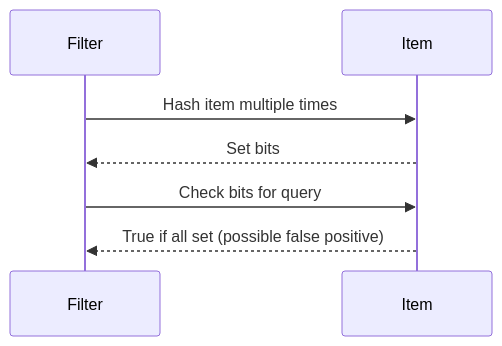
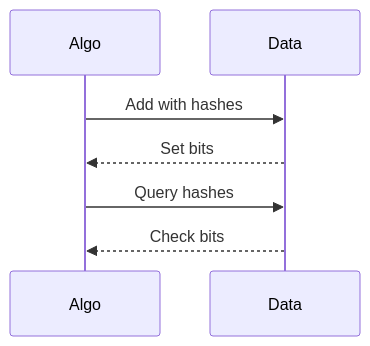
The diagram in algorithms/probabilistic-algorithms/README.md (VrushankPatel/interview-matters), drawn with Mermaid before and after one commit. The commit also changed other lines of this file and 8 other files, not shown here.

````diff
--- a/algorithms/probabilistic-algorithms/README.md
+++ b/algorithms/probabilistic-algorithms/README.md
@@ -72,9 +124,9 @@
 ```mermaid
 sequenceDiagram
-    participant Filter
-    participant Item
-    Filter->>Item: Hash item multiple times
-    Item-->>Filter: Set bits
-    Filter->>Item: Check bits for query
-    Item-->>Filter: True if all set (possible false positive)
+    participant Algo
+    participant Data
+    Algo->>Data: Add with hashes
+    Data-->>Algo: Set bits
+    Algo->>Data: Query hashes
+    Data-->>Algo: Check bits
 ```
````
